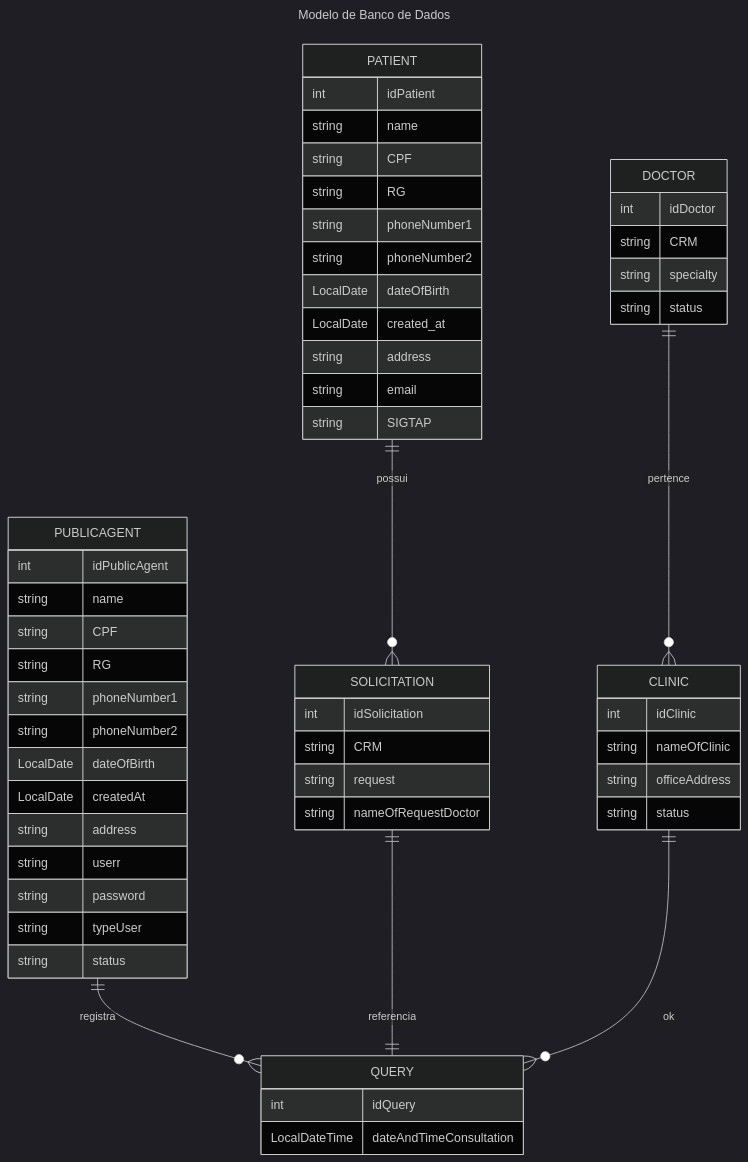
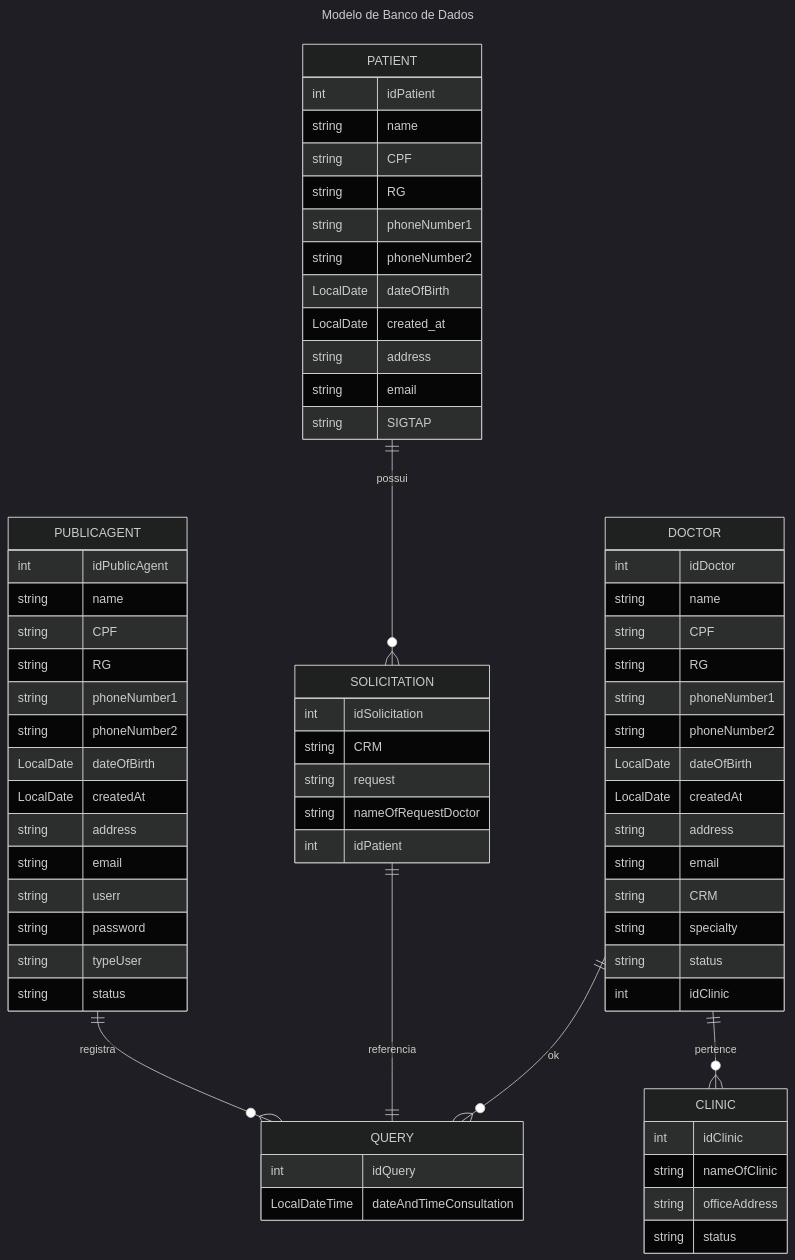
One commit to FelipeMareira/oxe_marquei_lp2 changed the second of 2 diagrams in README.md. Above: the diagram before and after it, drawn with Mermaid (dark theme). The commit also changed other lines of this file and 21 other files, not shown here.

````diff
--- a/README.md
+++ b/README.md
@@ -151,66 +151,78 @@
 ```mermaid
 ---
     title: Modelo de Banco de Dados
 ---
 erDiagram 
 
     PUBLICAGENT ||--o{ QUERY : "registra"
     PUBLICAGENT {
         int idPublicAgent
         string name
         string CPF
         string RG
         string phoneNumber1
         string phoneNumber2
         LocalDate dateOfBirth
         LocalDate createdAt
         string address
+        string email
         string userr
         string password
         string typeUser
         string status
     }
     
     PATIENT ||--o{ SOLICITATION : "possui"
     PATIENT {
         int idPatient
         string name
         string CPF
         string RG
         string phoneNumber1
         string phoneNumber2
         LocalDate dateOfBirth
         LocalDate created_at
         string address
         string email
         string SIGTAP
     }
     SOLICITATION ||--|| QUERY: "referencia"
     SOLICITATION {
         int idSolicitation
         string CRM
         string request
         string nameOfRequestDoctor
+        int idPatient
     }
     
     DOCTOR ||--o{ CLINIC : "pertence"
+    DOCTOR ||--o{ QUERY: "ok"
     DOCTOR {
         int idDoctor
+        string name
+        string CPF
+        string RG
+        string phoneNumber1
+        string phoneNumber2
+        LocalDate dateOfBirth
+        LocalDate createdAt
+        string address
+        string email
         string CRM
         string specialty
         string status
+        int idClinic
     }
-
-    CLINIC ||--o{ QUERY: "ok"
+    
     CLINIC {
         int idClinic
         string nameOfClinic
         string officeAddress
         string status
     }
 
     QUERY {
         int idQuery
         LocalDateTime dateAndTimeConsultation
     }
 ```
````
